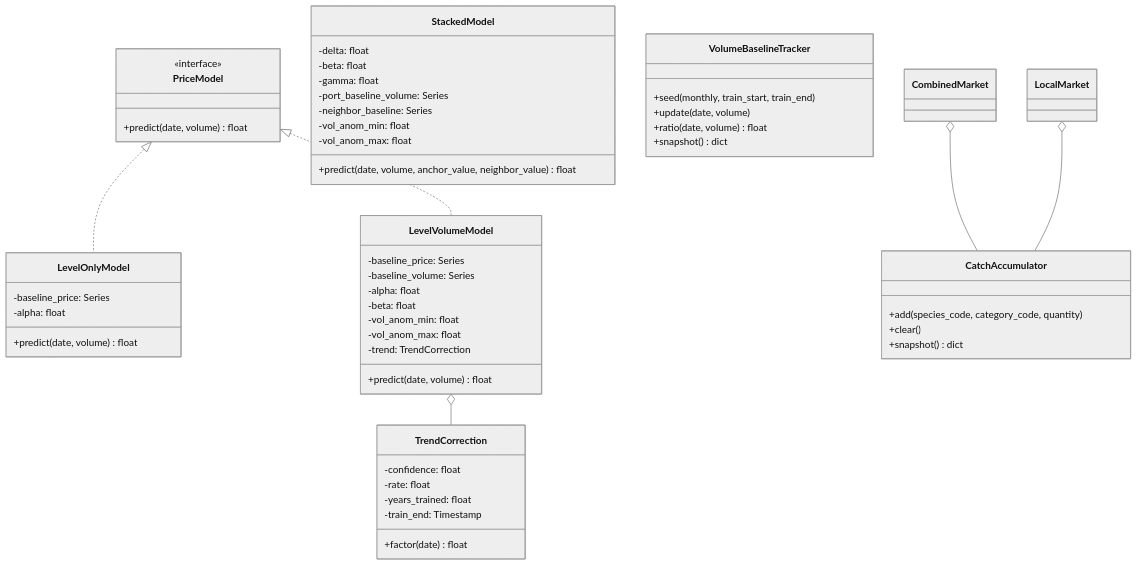
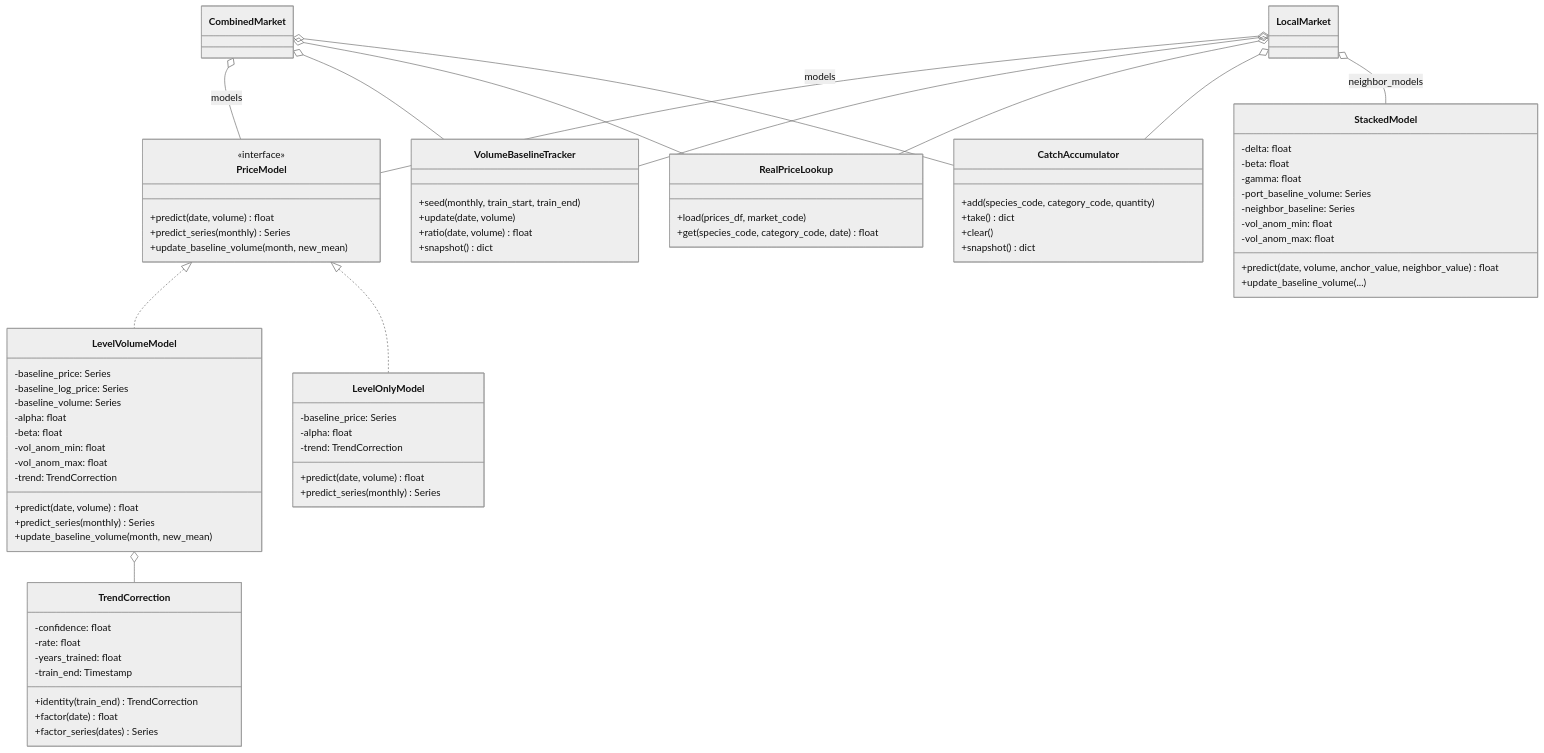
One commit to SURIMI-Project/SURIMI-market changed the second of 5 diagrams in src/models/market/ARCHITECTURE.md. Above: the diagram before and after it, drawn with Mermaid (neutral theme). The commit also changed other lines of this file, not shown here.

First line of the commit message:
docs: rewrite market plugin architecture doc for accuracy and clarity

````diff
--- a/src/models/market/ARCHITECTURE.md
+++ b/src/models/market/ARCHITECTURE.md
@@ -376,64 +119,78 @@
 ```mermaid
 classDiagram
     class PriceModel {
         <<interface>>
-        %% already implemented, Phase C1
         +predict(date, volume) float
-    }
-    class LevelOnlyModel {
-        %% already implemented, Phase C1
-        -baseline_price: Series
-        -alpha: float
-        +predict(date, volume) float
+        +predict_series(monthly) Series
+        +update_baseline_volume(month, new_mean)
     }
     class LevelVolumeModel {
-        %% already implemented, Phase C1
         -baseline_price: Series
+        -baseline_log_price: Series
         -baseline_volume: Series
         -alpha: float
         -beta: float
         -vol_anom_min: float
         -vol_anom_max: float
         -trend: TrendCorrection
         +predict(date, volume) float
+        +predict_series(monthly) Series
+        +update_baseline_volume(month, new_mean)
     }
     class TrendCorrection {
-        %% already implemented, Phase C1
         -confidence: float
         -rate: float
         -years_trained: float
         -train_end: Timestamp
+        +identity(train_end) TrendCorrection
         +factor(date) float
+        +factor_series(dates) Series
+    }
+    class LevelOnlyModel {
+        -baseline_price: Series
+        -alpha: float
+        -trend: TrendCorrection
+        +predict(date, volume) float
+        +predict_series(monthly) Series
     }
     class StackedModel {
-        %% implemented Phase C3, reshaped in Stage 7+8 (NeighborInformedModel
-        %% and DistanceOnlyModel removed entirely -- see §3.3/§6)
         -delta: float
         -beta: float
         -gamma: float
         -port_baseline_volume: Series
         -neighbor_baseline: Series
         -vol_anom_min: float
         -vol_anom_max: float
         +predict(date, volume, anchor_value, neighbor_value) float
+        +update_baseline_volume(...)
     }
     class VolumeBaselineTracker {
-        %% already implemented, Phase C2
         +seed(monthly, train_start, train_end)
         +update(date, volume)
         +ratio(date, volume) float
         +snapshot() dict
     }
+    class RealPriceLookup {
+        +load(prices_df, market_code)
+        +get(species_code, category_code, date) float
+    }
     class CatchAccumulator {
-        %% already implemented, Phase A
         +add(species_code, category_code, quantity)
+        +take() dict
         +clear()
         +snapshot() dict
     }
 
-    PriceModel <|.. LevelOnlyModel
     PriceModel <|.. LevelVolumeModel
     LevelVolumeModel o-- TrendCorrection
+    PriceModel <|.. LevelOnlyModel
+    CombinedMarket o-- PriceModel : models
+    LocalMarket o-- PriceModel : models
+    CombinedMarket o-- VolumeBaselineTracker
+    LocalMarket o-- VolumeBaselineTracker
+    CombinedMarket o-- RealPriceLookup
+    LocalMarket o-- RealPriceLookup
     CombinedMarket o-- CatchAccumulator
     LocalMarket o-- CatchAccumulator
+    LocalMarket o-- StackedModel : neighbor_models
 ```
````
